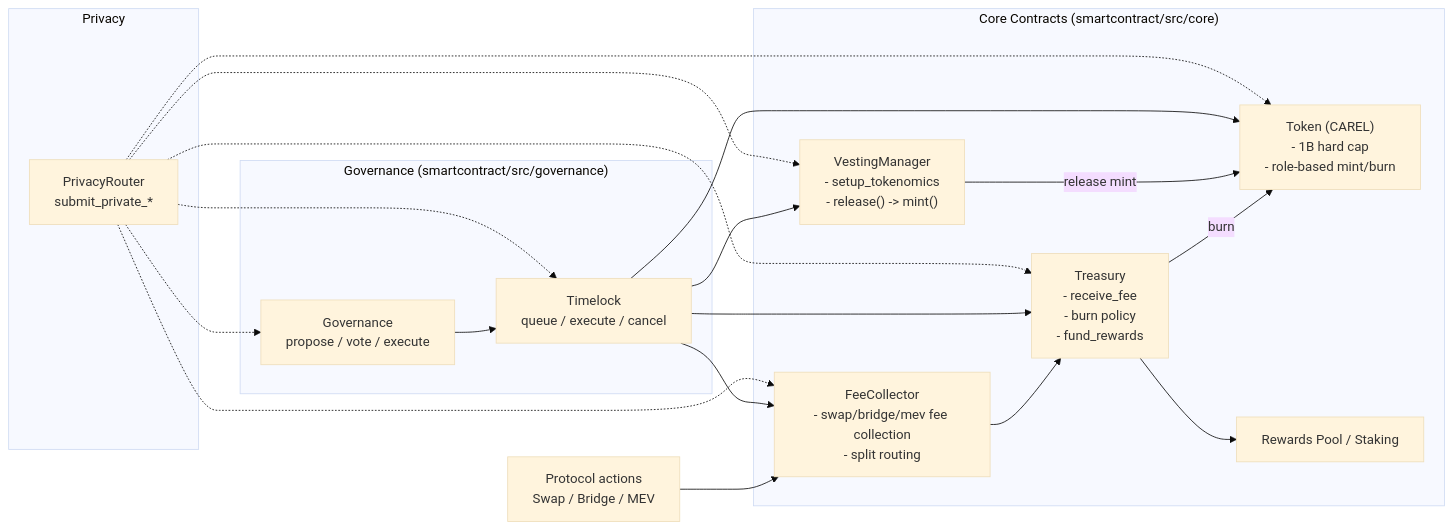
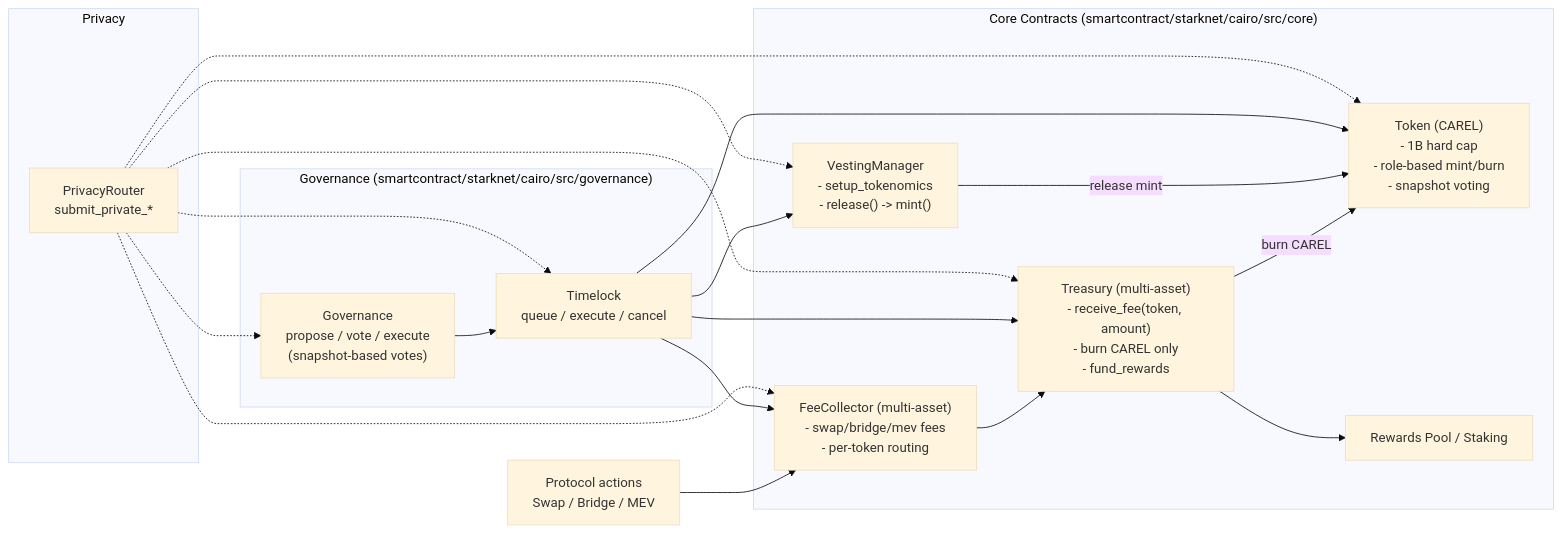
One commit to ntfound-dev/zkcarel_protocol changed the first of 3 diagrams in docs/tokenomics.md. Above: the diagram before and after it, drawn with Mermaid (base theme). The commit also changed other lines of this file and 747 other files, not shown here.

First line of the commit message:
feat: V4 architecture — Honk verifiers, ShieldedPool V4, frontend refactor, autonomous agent

````diff
--- a/docs/tokenomics.md
+++ b/docs/tokenomics.md
@@ -7,36 +7,36 @@
 ```mermaid
 flowchart LR
-    subgraph CORE["Core Contracts (smartcontract/src/core)"]
-        TOKEN["Token (CAREL)\n- 1B hard cap\n- role-based mint/burn"]
+    subgraph CORE["Core Contracts (smartcontract/starknet/cairo/src/core)"]
+        TOKEN["Token (CAREL)\n- 1B hard cap\n- role-based mint/burn\n- snapshot voting"]
         VEST["VestingManager\n- setup_tokenomics\n- release() -> mint()"]
-        FEE["FeeCollector\n- swap/bridge/mev fee collection\n- split routing"]
-        TREASURY["Treasury\n- receive_fee\n- burn policy\n- fund_rewards"]
+        FEE["FeeCollector (multi-asset)\n- swap/bridge/mev fees\n- per-token routing"]
+        TREASURY["Treasury (multi-asset)\n- receive_fee(token, amount)\n- burn CAREL only\n- fund_rewards"]
         REWARDS["Rewards Pool / Staking"]
     end
 
-    subgraph GOV["Governance (smartcontract/src/governance)"]
-        GOVERNANCE["Governance\npropose / vote / execute"]
+    subgraph GOV["Governance (smartcontract/starknet/cairo/src/governance)"]
+        GOVERNANCE["Governance\npropose / vote / execute\n(snapshot-based votes)"]
         TIMELOCK["Timelock\nqueue / execute / cancel"]
     end
 
     subgraph PRIV["Privacy"]
-        ROUTER["PrivacyRouter\nsubmit_private_*"]
+        ROUTER["PrivacyRouter\nsubmit_private_*" ]
     end
 
     PROTOCOL["Protocol actions\nSwap / Bridge / MEV"] --> FEE
     FEE --> TREASURY
     TREASURY --> REWARDS
-    TREASURY -->|burn| TOKEN
+    TREASURY -->|burn CAREL| TOKEN
     VEST -->|release mint| TOKEN
     GOVERNANCE --> TIMELOCK
     TIMELOCK --> TOKEN
     TIMELOCK --> VEST
     TIMELOCK --> FEE
     TIMELOCK --> TREASURY
     ROUTER -.-> TOKEN
     ROUTER -.-> VEST
     ROUTER -.-> FEE
     ROUTER -.-> TREASURY
     ROUTER -.-> GOVERNANCE
     ROUTER -.-> TIMELOCK
 ```
````
